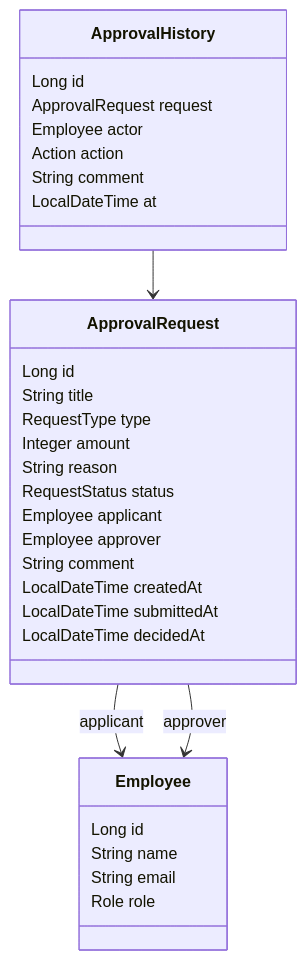
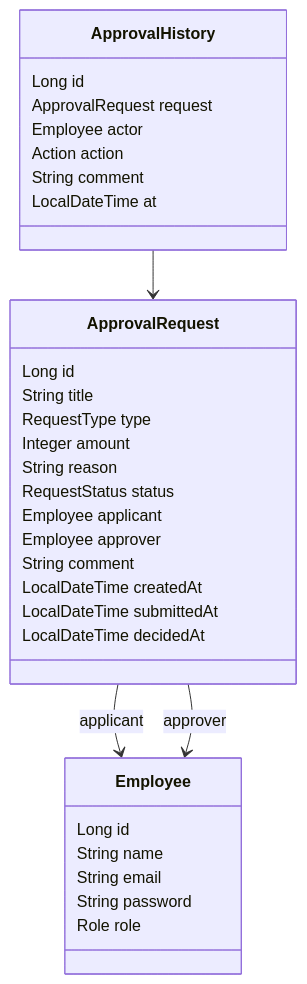
Before and after one commit to junyeol928-hash/Sayana: the first of 2 diagrams in docs/CAPSTONE.md, drawn with Mermaid. The commit also changed other lines of this file and 6 other files, not shown here.

````diff
--- a/docs/CAPSTONE.md
+++ b/docs/CAPSTONE.md
@@ -18,34 +18,35 @@
 ```mermaid
 classDiagram
     class Employee {
       Long id
       String name
       String email
+      String password
       Role role
     }
     class ApprovalRequest {
       Long id
       String title
       RequestType type
       Integer amount
       String reason
       RequestStatus status
       Employee applicant
       Employee approver
       String comment
       LocalDateTime createdAt
       LocalDateTime submittedAt
       LocalDateTime decidedAt
     }
     class ApprovalHistory {
       Long id
       ApprovalRequest request
       Employee actor
       Action action
       String comment
       LocalDateTime at
     }
     ApprovalRequest --> Employee : applicant
     ApprovalRequest --> Employee : approver
     ApprovalHistory --> ApprovalRequest
 ```
````
